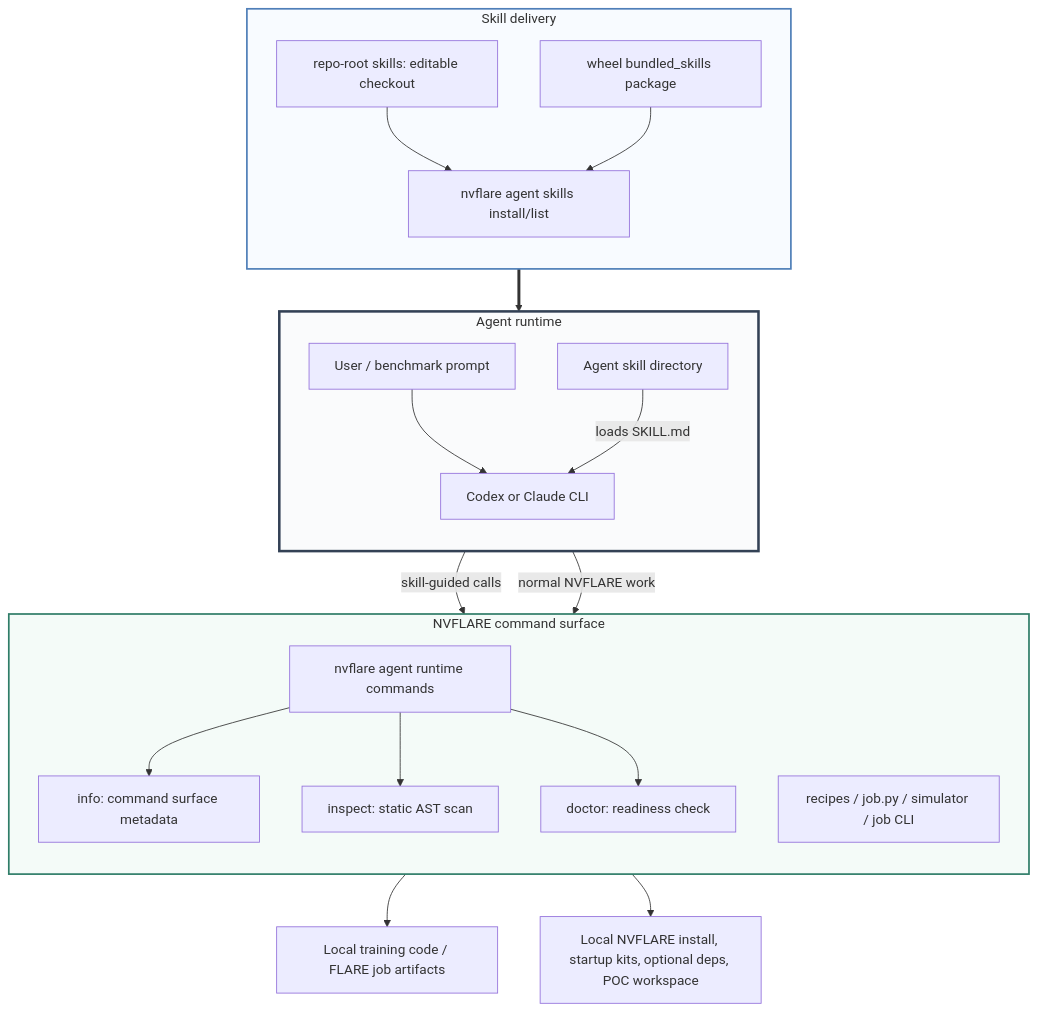
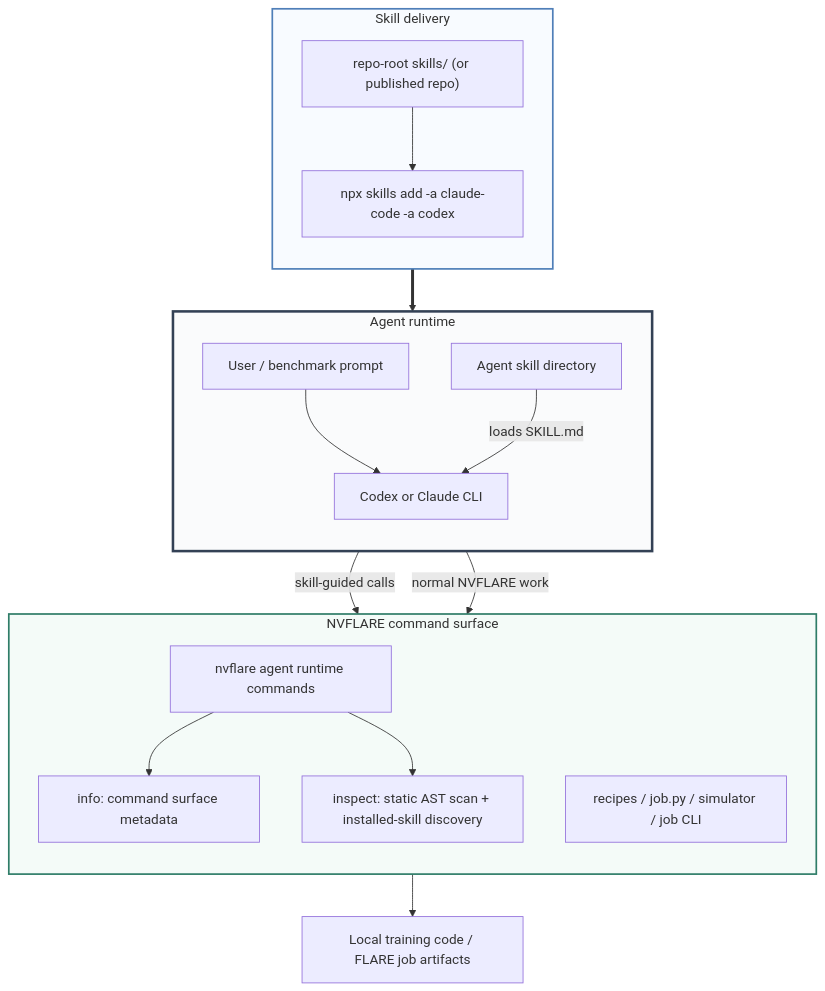
One commit to NVIDIA/NVFlare changed the third of 5 diagrams in docs/design/skills_architecture.md. Above: the diagram before and after it, drawn with Mermaid. The commit also changed other lines of this file and 116 other files, not shown here.

First line of the commit message:
NVFLARE agent skills: PyTorch/Lightning conversion, orient, diagnose — with lint, eval, packaging, and security hardening (#4837)

````diff
--- a/docs/design/skills_architecture.md
+++ b/docs/design/skills_architecture.md
@@ -56,33 +176,30 @@
 ```mermaid
 flowchart TB
     subgraph SkillDelivery["Skill delivery"]
         direction TB
-        SkillSource["repo-root skills: editable checkout"] --> SkillOps["nvflare agent skills install/list"]
-        WheelBundle["wheel bundled_skills package"] --> SkillOps
+        SkillSource["repo-root skills/ (or published repo)"] --> SkillOps["npx skills add -a claude-code -a codex"]
     end
 
     subgraph AgentRuntime["Agent runtime"]
         direction TB
         User["User / benchmark prompt"] --> Agent["Codex or Claude CLI"]
         AgentHome["Agent skill directory"] -->|loads SKILL.md| Agent
     end
 
     subgraph NVFLARESurface["NVFLARE command surface"]
         direction TB
         AgentCLI["nvflare agent runtime commands"] --> Info["info: command surface metadata"]
-        AgentCLI --> Inspect["inspect: static AST scan"]
-        AgentCLI --> Doctor["doctor: readiness check"]
+        AgentCLI --> Inspect["inspect: static AST scan + installed-skill discovery"]
         Recipes["recipes / job.py / simulator / job CLI"]
     end
 
     SkillOps ==> AgentHome
     Agent -->|skill-guided calls| AgentCLI
     Agent -->|normal NVFLARE work| Recipes
 
     Inspect --> Project["Local training code / FLARE job artifacts"]
-    Doctor --> Env["Local NVFLARE install, startup kits, optional deps, POC workspace"]
 
     style SkillDelivery fill:#f8fbff,stroke:#4f7fb8,stroke-width:2px
     style AgentRuntime fill:#fafbfc,stroke:#334155,stroke-width:3px
     style NVFLARESurface fill:#f4fbf8,stroke:#2f7d68,stroke-width:2px
 ```
````
